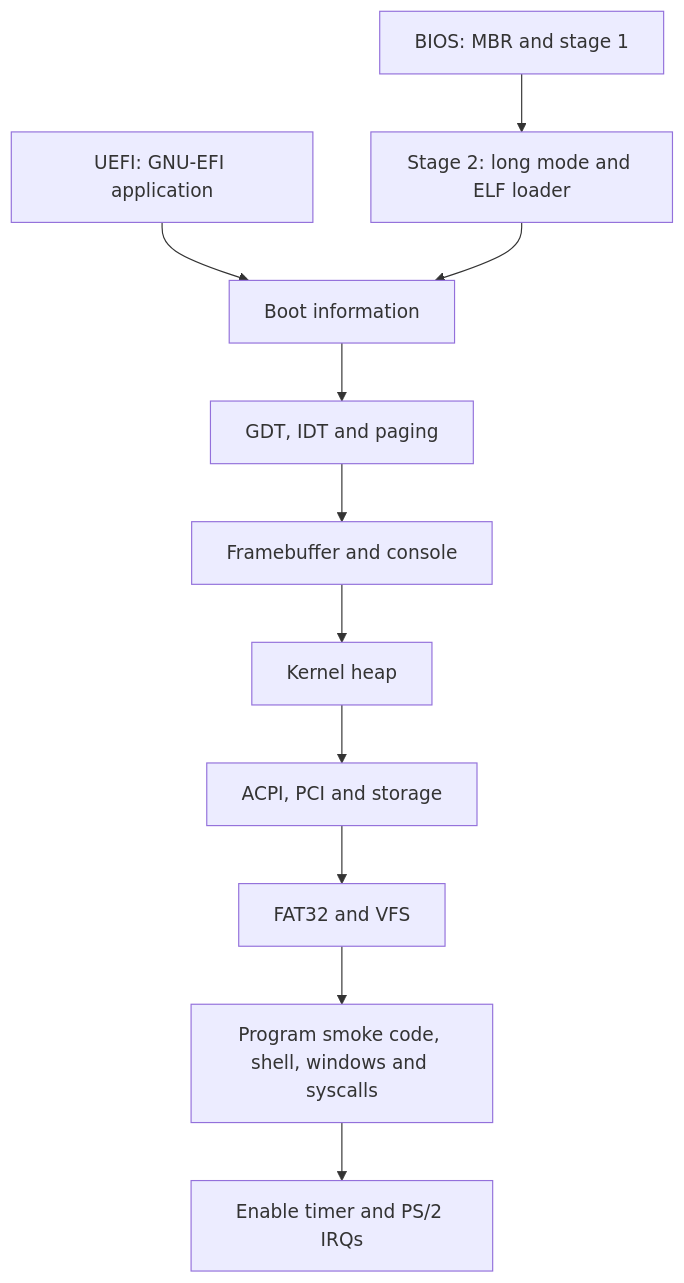
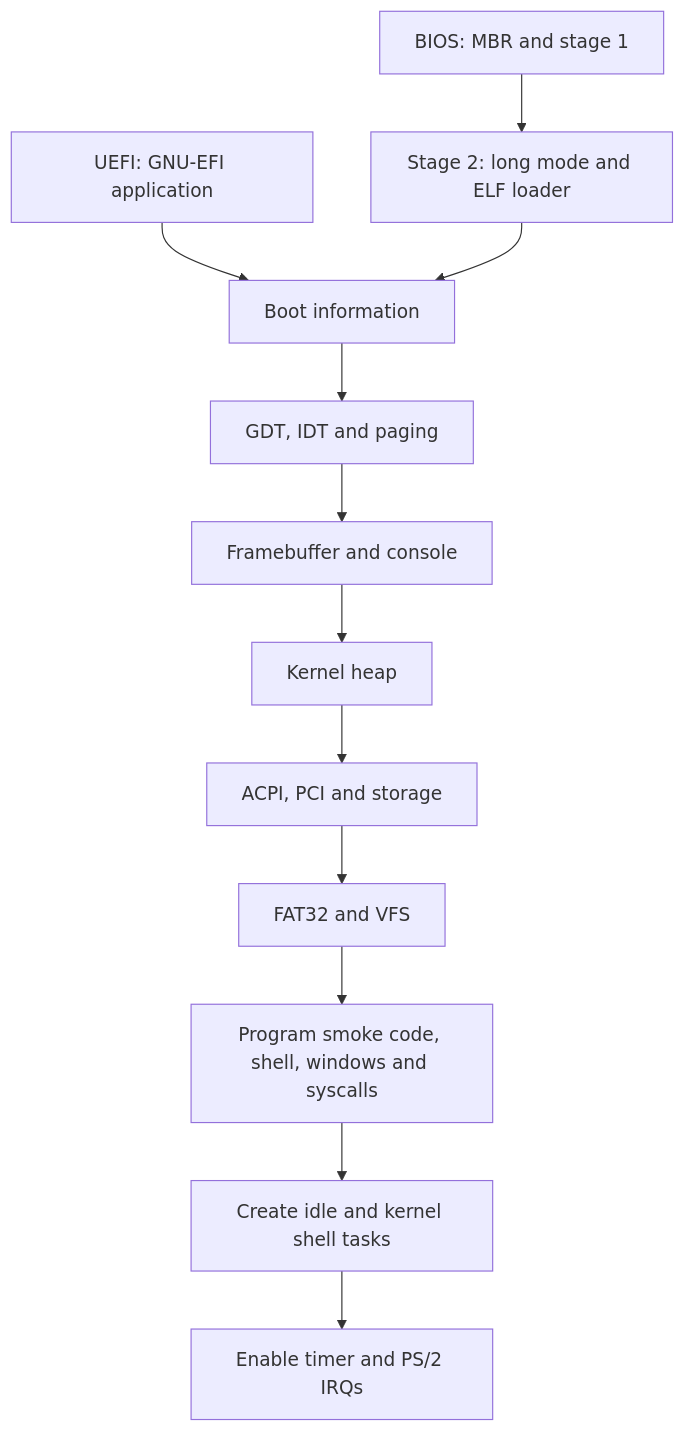
One commit to Andrispowq/HackOS changed the diagram in docs/system/index.md. Above: the diagram before and after it, drawn with Mermaid. The commit also changed other lines of this file and 52 other files, not shown here.

````diff
--- a/docs/system/index.md
+++ b/docs/system/index.md
@@ -10,13 +10,14 @@
 ```mermaid
 flowchart TD
     BIOS[BIOS: MBR and stage 1] --> Stage2[Stage 2: long mode and ELF loader]
     UEFI[UEFI: GNU-EFI application] --> Handoff[Boot information]
     Stage2 --> Handoff
     Handoff --> CPU[GDT, IDT and paging]
     CPU --> Display[Framebuffer and console]
     Display --> Heap[Kernel heap]
     Heap --> Devices[ACPI, PCI and storage]
     Devices --> FS[FAT32 and VFS]
     FS --> Services[Program smoke code, shell, windows and syscalls]
-    Services --> IRQ[Enable timer and PS/2 IRQs]
+    Services --> Tasks[Create idle and kernel shell tasks]
+    Tasks --> IRQ[Enable timer and PS/2 IRQs]
 ```
````
